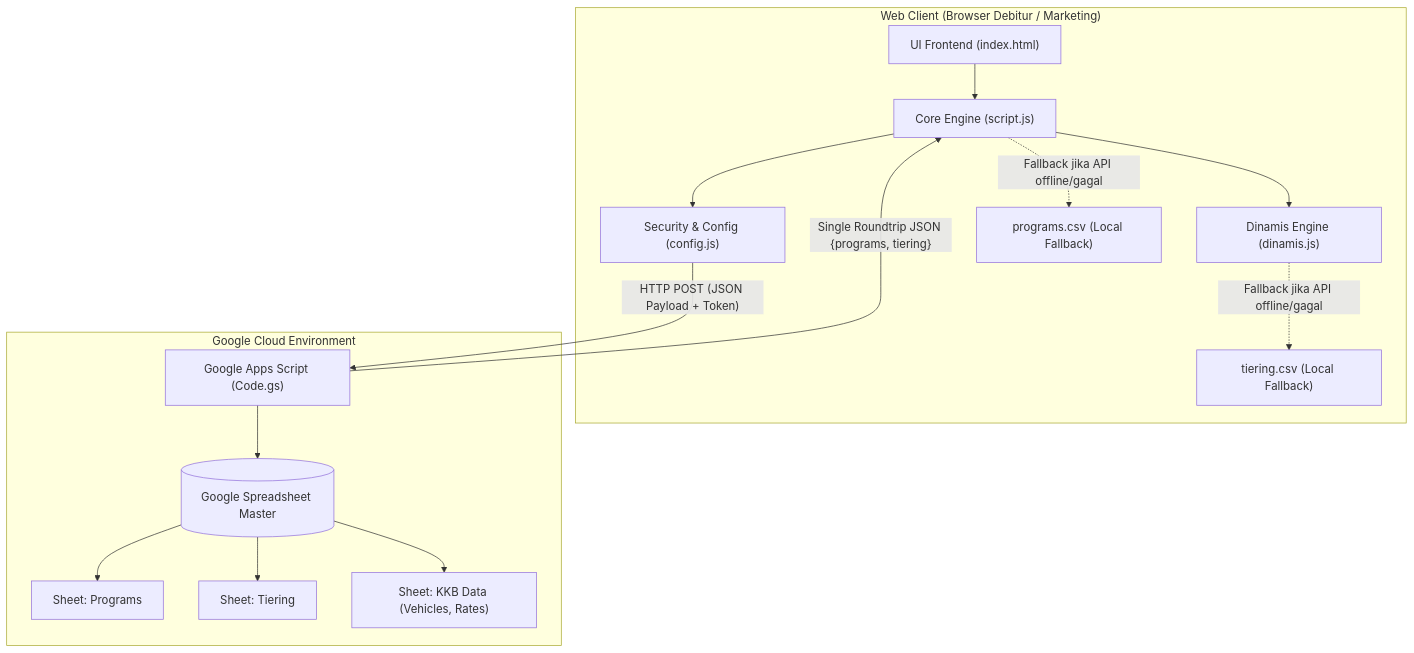
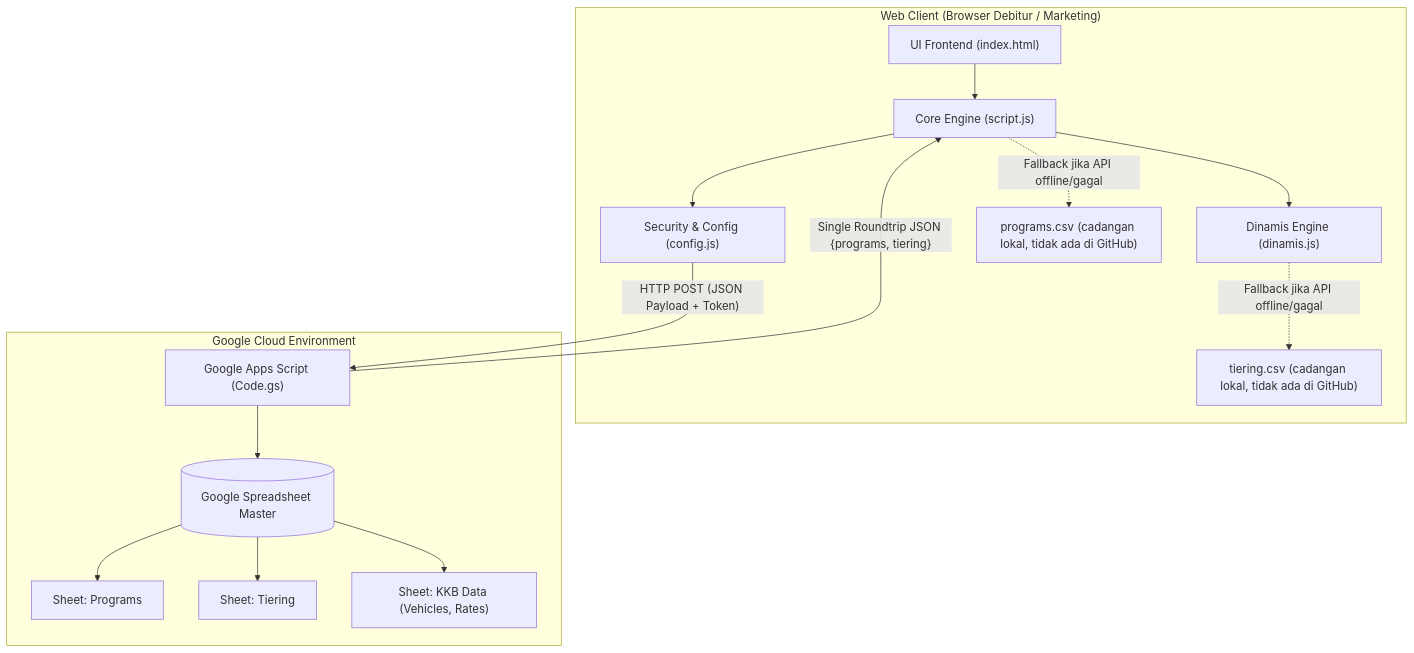
The first of 4 diagrams in handoff.md (mine2710/kalkulator-kpr-debitur), drawn with Mermaid before and after one commit. The commit also changed other lines of this file and 8 other files, not shown here.

First line of the commit message:
chore: keluarkan data dari repo (CSV program/tiering & Excel acuan)

````diff
--- a/handoff.md
+++ b/handoff.md
@@ -32,35 +32,35 @@
 ```mermaid
 flowchart TD
     subgraph Browser ["Web Client (Browser Debitur / Marketing)"]
         UI["UI Frontend (index.html)"]
         Core["Core Engine (script.js)"]
         Din["Dinamis Engine (dinamis.js)"]
         Conf["Security & Config (config.js)"]
-        CSV1["programs.csv (Local Fallback)"]
-        CSV2["tiering.csv (Local Fallback)"]
+        CSV1["programs.csv (cadangan lokal, tidak ada di GitHub)"]
+        CSV2["tiering.csv (cadangan lokal, tidak ada di GitHub)"]
     end
 
     subgraph GoogleCloud ["Google Cloud Environment"]
         GAS["Google Apps Script (Code.gs)"]
         GSheet[("Google Spreadsheet Master")]
         ShProg["Sheet: Programs"]
         ShTier["Sheet: Tiering"]
         ShKKB["Sheet: KKB Data (Vehicles, Rates)"]
     end
 
     UI --> Core
     Core --> Din
     Core --> Conf
     
     %% Alur Utama (Online)
     Conf -- "HTTP POST (JSON Payload + Token)" --> GAS
     GAS --> GSheet
     GSheet --> ShProg
     GSheet --> ShTier
     GSheet --> ShKKB
     GAS -- "Single Roundtrip JSON {programs, tiering}" --> Core
     
     %% Alur Cadangan (Offline/Fallback)
     Core -. "Fallback jika API offline/gagal" .-> CSV1
     Din -. "Fallback jika API offline/gagal" .-> CSV2
 ```
````
